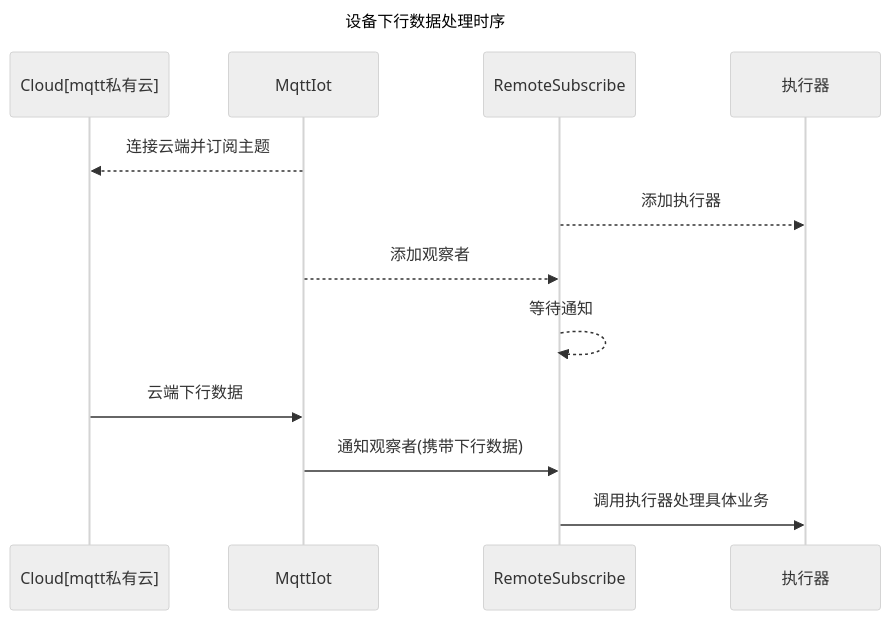
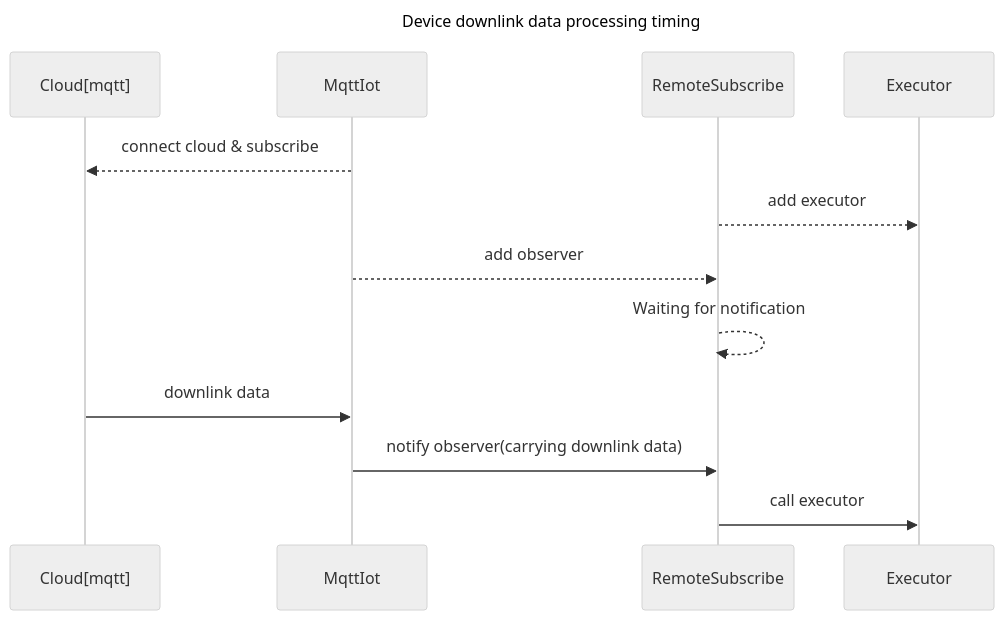
The third of 4 diagrams in markdown/DTU方案介绍及应用指导/DTU方案介绍及应用指导.md (wcache/MyDocs), drawn with Mermaid (neutral theme) before and after one commit. The commit also changed other lines of this file and 59 other files, not shown here.

````diff
--- a/markdown/DTU方案介绍及应用指导/DTU方案介绍及应用指导.md
+++ b/markdown/DTU方案介绍及应用指导/DTU方案介绍及应用指导.md
@@ -214,18 +224,18 @@
 ```mermaid
 sequenceDiagram
-Title: 设备下行数据处理时序
+Title: Device downlink data processing timing
 
-participant cloud as Cloud[mqtt私有云]
+participant cloud as Cloud[mqtt]
 participant mqtt as MqttIot
 participant rs as RemoteSubscribe
-participant executor as 执行器
+participant executor as Executor
 
-mqtt -->> cloud: 连接云端并订阅主题
-rs -->> executor: 添加执行器
-mqtt -->> rs: 添加观察者
-rs -->> rs: 等待通知
+mqtt -->> cloud: connect cloud & subscribe
+rs -->> executor: add executor
+mqtt -->> rs: add observer
+rs -->> rs: Waiting for notification
 
-cloud ->> mqtt: 云端下行数据
-mqtt ->> rs: 通知观察者(携带下行数据)
-rs ->> executor: 调用执行器处理具体业务
+cloud ->> mqtt: downlink data
+mqtt ->> rs: notify observer(carrying downlink data)
+rs ->> executor: call executor
 ```
````
